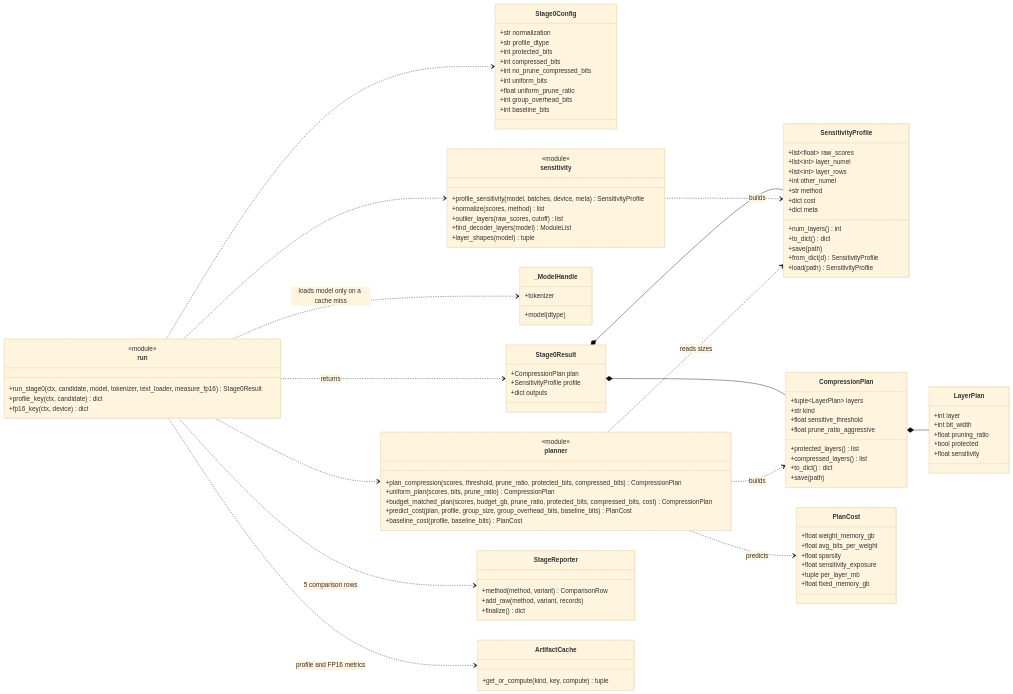
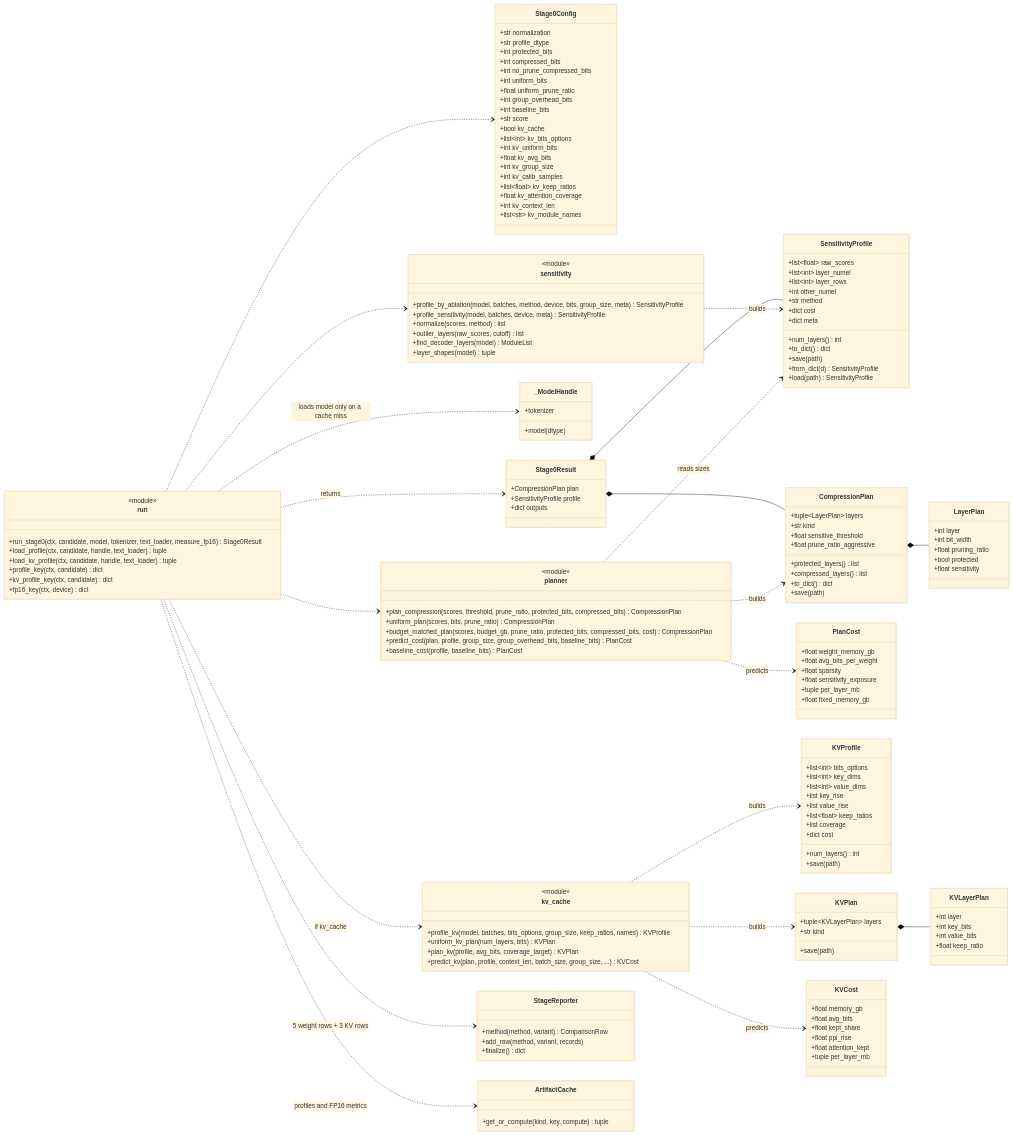
The first of 2 diagrams in docs/diagrams/stage0.md (hamuutpls/sensitivity-driven-framework), drawn with Mermaid (base theme) before and after one commit. The commit also changed other lines of this file and 3 other files, not shown here.

First line of the commit message:
Diagrams: layer removal is the default score; draw the Stage 0 KV cache plan

````diff
--- a/docs/diagrams/stage0.md
+++ b/docs/diagrams/stage0.md
@@ -36,6 +45,17 @@
         +float uniform_prune_ratio
         +int group_overhead_bits
         +int baseline_bits
+        +str score
+        +bool kv_cache
+        +list~int~ kv_bits_options
+        +int kv_uniform_bits
+        +float kv_avg_bits
+        +int kv_group_size
+        +int kv_calib_samples
+        +list~float~ kv_keep_ratios
+        +float kv_attention_coverage
+        +int kv_context_len
+        +list~str~ kv_module_names
     }
     class SensitivityProfile {
         +list~float~ raw_scores
@@ -85,8 +105,47 @@
         +tokenizer
         +model(dtype)
     }
+    class KVProfile {
+        +list~int~ bits_options
+        +list~int~ key_dims
+        +list~int~ value_dims
+        +list key_rise
+        +list value_rise
+        +list~float~ keep_ratios
+        +list coverage
+        +dict cost
+        +num_layers() int
+        +save(path)
+    }
+    class KVLayerPlan {
+        +int layer
+        +int key_bits
+        +int value_bits
+        +float keep_ratio
+    }
+    class KVPlan {
+        +tuple~KVLayerPlan~ layers
+        +str kind
+        +save(path)
+    }
+    class KVCost {
+        +float memory_gb
+        +float avg_bits
+        +float kept_share
+        +float ppl_rise
+        +float attention_kept
+        +tuple per_layer_mb
+    }
+    class kv_cache {
+        <<module>>
+        +profile_kv(model, batches, bits_options, group_size, keep_ratios, names) KVProfile
+        +uniform_kv_plan(num_layers, bits) KVPlan
+        +plan_kv(profile, avg_bits, coverage_target) KVPlan
+        +predict_kv(plan, profile, context_len, batch_size, group_size, ...) KVCost
+    }
     class sensitivity {
         <<module>>
+        +profile_by_ablation(model, batches, method, device, bits, group_size, meta) SensitivityProfile
         +profile_sensitivity(model, batches, device, meta) SensitivityProfile
         +normalize(scores, method) list
         +outlier_layers(raw_scores, cutoff) list
@@ -104,7 +163,10 @@
     class run {
         <<module>>
         +run_stage0(ctx, candidate, model, tokenizer, text_loader, measure_fp16) Stage0Result
+        +load_profile(ctx, candidate, handle, text_loader) tuple
+        +load_kv_profile(ctx, candidate, handle, text_loader) tuple
         +profile_key(ctx, candidate) dict
+        +kv_profile_key(ctx, candidate) dict
         +fp16_key(ctx, device) dict
     }
     class StageReporter {
@@ -123,11 +185,16 @@
     planner ..> CompressionPlan : builds
     planner ..> PlanCost : predicts
     planner ..> SensitivityProfile : reads sizes
+    KVPlan *-- KVLayerPlan
+    kv_cache ..> KVProfile : builds
+    kv_cache ..> KVPlan : builds
+    kv_cache ..> KVCost : predicts
+    run ..> kv_cache : if kv_cache
     run ..> sensitivity
     run ..> planner
     run ..> _ModelHandle : loads model only on a cache miss
-    run ..> ArtifactCache : profile and FP16 metrics
-    run ..> StageReporter : 5 comparison rows
+    run ..> ArtifactCache : profiles and FP16 metrics
+    run ..> StageReporter : 5 weight rows + 3 KV rows
     run ..> Stage0Config
     run ..> Stage0Result : returns
 ```
````
